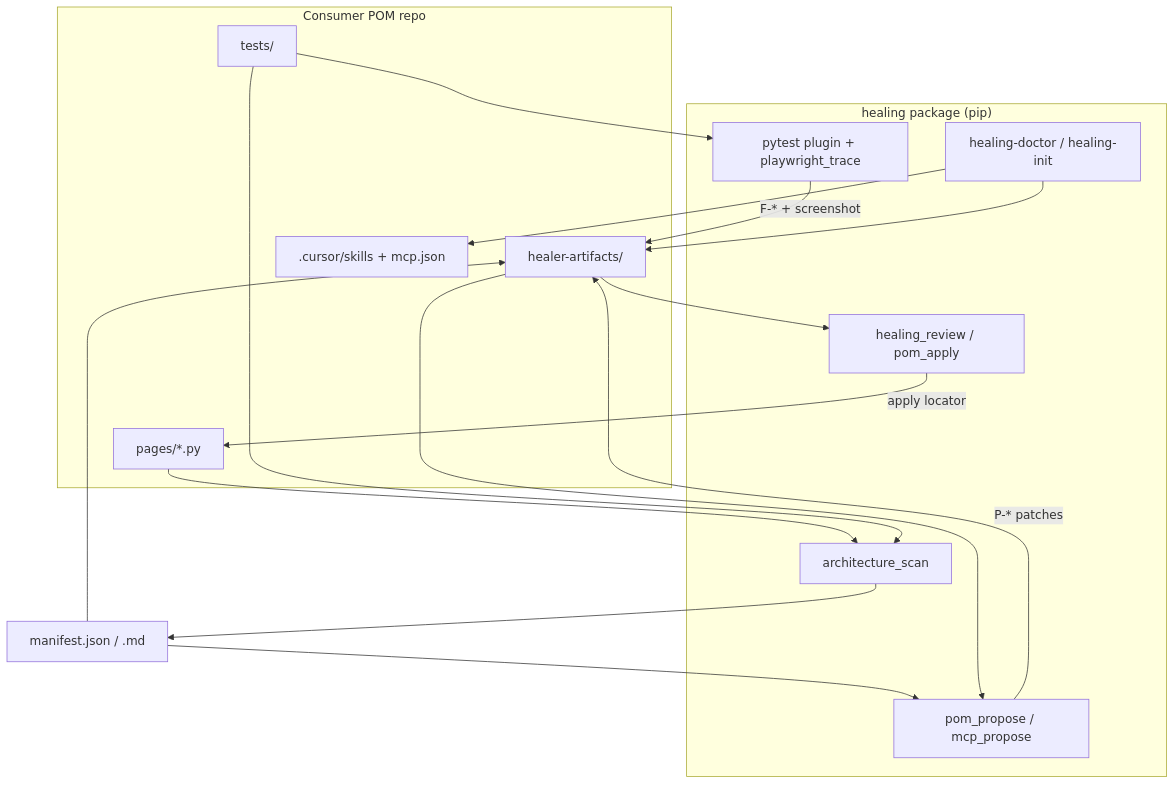
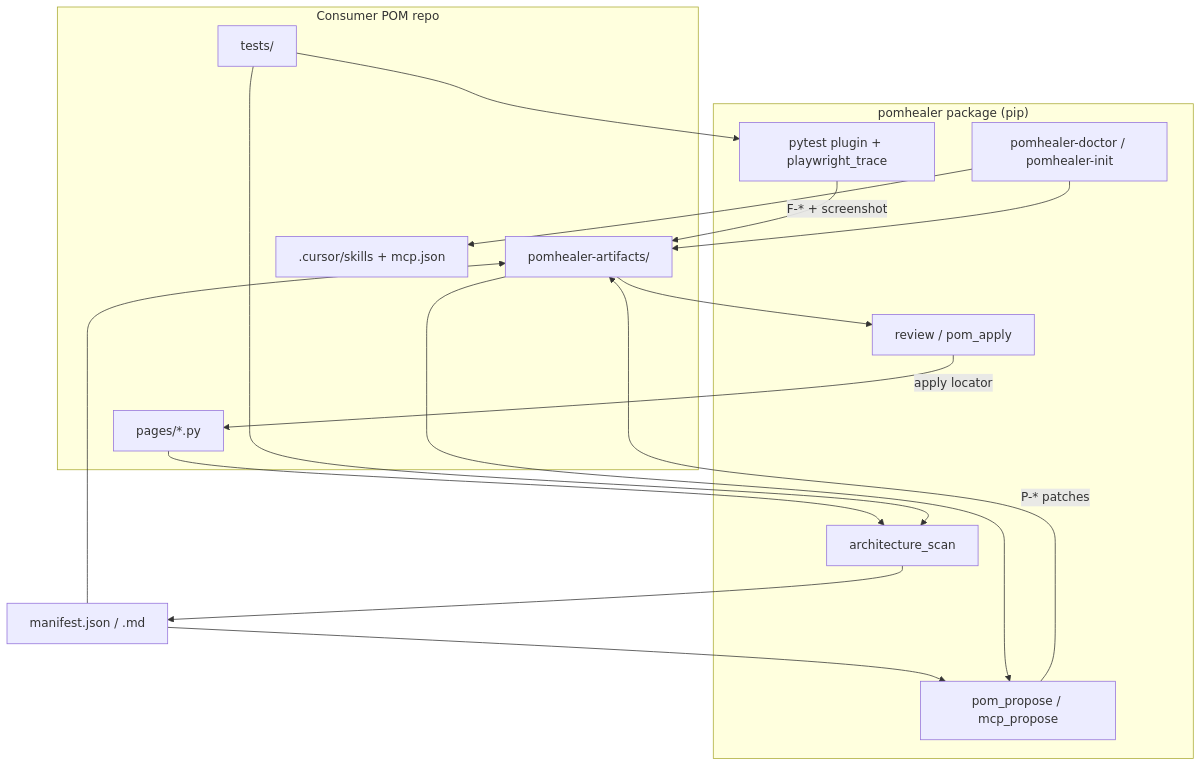
Before and after one commit to arunambadikv/self-healing-framework: the first of 2 diagrams in docs/CONFLUENCE_QA_CHAPTERS.md, drawn with Mermaid. The commit also changed other lines of this file and 155 other files, not shown here.

First line of the commit message:
Rebrand the package from healing to pomhealer to avoid import shadowing.

````diff
--- a/docs/CONFLUENCE_QA_CHAPTERS.md
+++ b/docs/CONFLUENCE_QA_CHAPTERS.md
@@ -64,32 +64,32 @@
 ```mermaid
 flowchart TB
-  subgraph Package["healing package (pip)"]
+  subgraph Package["pomhealer package (pip)"]
     Plugin[pytest plugin + playwright_trace]
     Scan[architecture_scan]
     Propose[pom_propose / mcp_propose]
-    Review[healing_review / pom_apply]
-    Doctor[healing-doctor / healing-init]
+    Review[review / pom_apply]
+    Doctor[pomhealer-doctor / pomhealer-init]
   end
 
   subgraph Consumer["Consumer POM repo"]
     Pages[pages/*.py]
     Tests[tests/]
-    Artifacts[healer-artifacts/]
+    Artifacts[pomhealer-artifacts/]
     Skills[.cursor/skills + mcp.json]
   end
 
   Pages --> Scan
   Tests --> Scan
   Scan --> Manifest[manifest.json / .md]
   Manifest --> Artifacts
 
   Tests --> Plugin
   Plugin -->|F-* + screenshot| Artifacts
   Manifest --> Propose
   Artifacts --> Propose
   Propose -->|P-* patches| Artifacts
   Artifacts --> Review
   Review -->|apply locator| Pages
   Doctor --> Artifacts
   Doctor --> Skills
 ```
````
